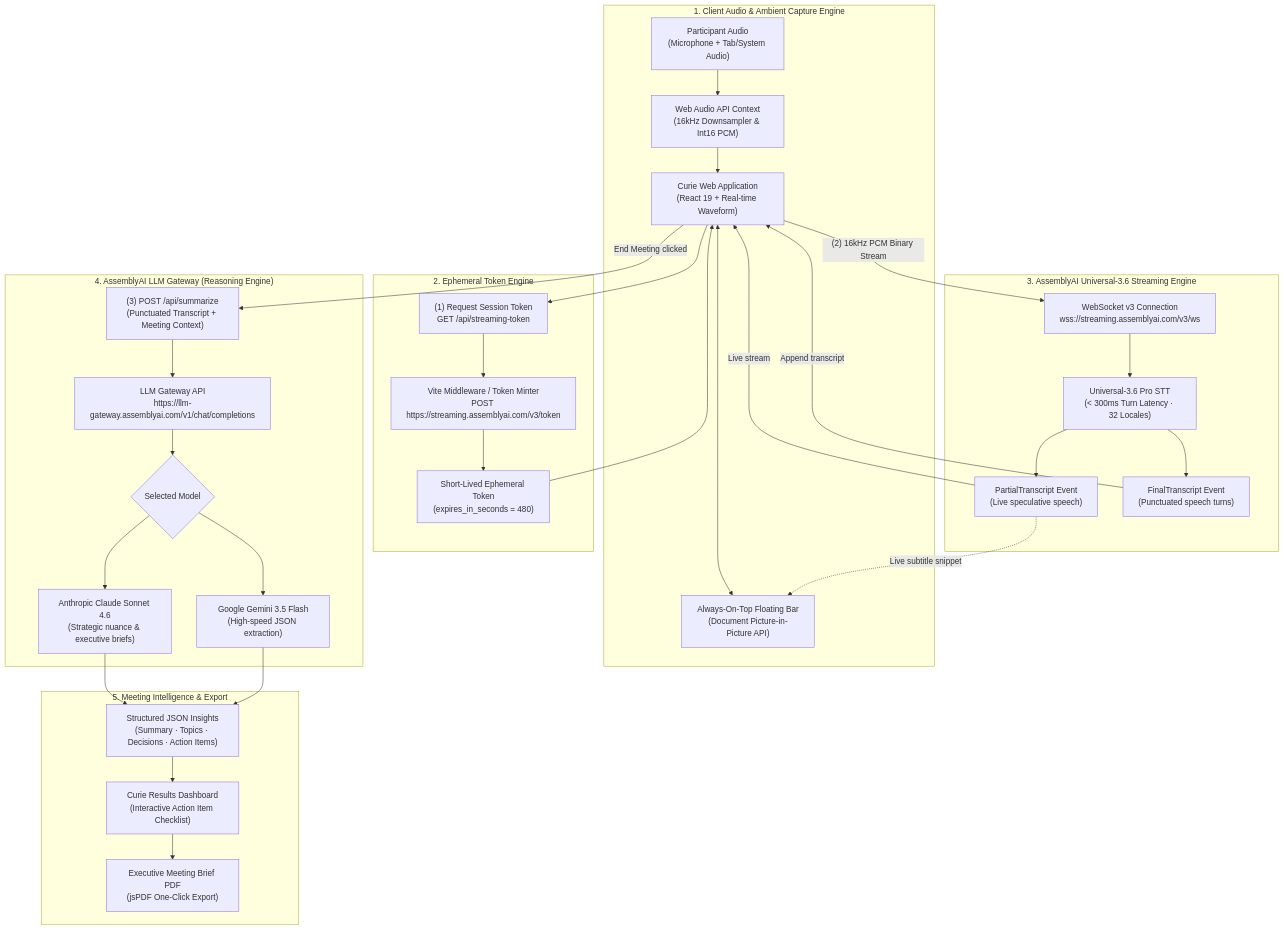
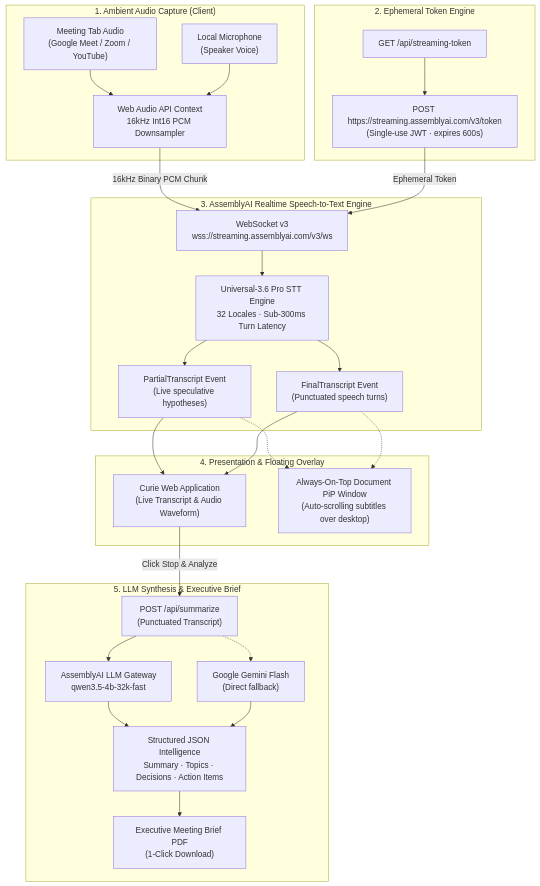
The diagram in README.md (farhan0-code/curie), drawn with Mermaid before and after one commit. The commit also changed other lines of this file and 14 other files, not shown here.

Commit message:
docs & ui: update screenshots, add real-world enterprise problem/solution, and refine realtime STT documentation

````diff
--- a/README.md
+++ b/README.md
@@ -61,64 +108,53 @@
 ```mermaid
 flowchart TD
-    subgraph Client["1. Client Audio & Ambient Capture Engine"]
-        UserAudio["Participant Audio<br/>(Microphone + Tab/System Audio)"]
-        WebAudio["Web Audio API Context<br/>(16kHz Downsampler & Int16 PCM)"]
-        CurieUI["Curie Web Application<br/>(React 19 + Real-time Waveform)"]
-        PiPBar["Always-On-Top Floating Bar<br/>(Document Picture-in-Picture API)"]
-        
-        UserAudio --> WebAudio
-        WebAudio --> CurieUI
-        CurieUI <--> PiPBar
+    subgraph Capture["1. Ambient Audio Capture (Client)"]
+        TabAudio["Meeting Tab Audio<br/>(Google Meet / Zoom / YouTube)"]
+        MicAudio["Local Microphone<br/>(Speaker Voice)"]
+        Mixer["Web Audio API Context<br/>16kHz Int16 PCM Downsampler"]
+        TabAudio --> Mixer
+        MicAudio --> Mixer
     end
 
-    subgraph AuthLayer["2. Ephemeral Token Engine"]
-        TokenReq["(1) Request Session Token<br/>GET /api/streaming-token"]
-        TokenGen["Vite Middleware / Token Minter<br/>POST https://streaming.assemblyai.com/v3/token"]
-        TokenResp["Short-Lived Ephemeral Token<br/>(expires_in_seconds = 480)"]
-        
-        CurieUI --> TokenReq
-        TokenReq --> TokenGen
-        TokenGen --> TokenResp
-        TokenResp --> CurieUI
+    subgraph Auth["2. Ephemeral Token Engine"]
+        TokenReq["GET /api/streaming-token"]
+        TokenMinter["POST https://streaming.assemblyai.com/v3/token<br/>(Single-use JWT · expires 600s)"]
+        TokenReq --> TokenMinter
     end
 
-    subgraph SpeechEngine["3. AssemblyAI Universal-3.6 Streaming Engine"]
-        WSS["WebSocket v3 Connection<br/>wss://streaming.assemblyai.com/v3/ws"]
-        STTModel["Universal-3.6 Pro STT<br/>(&lt; 300ms Turn Latency · 32 Locales)"]
-        PartialEvent["PartialTranscript Event<br/>(Live speculative speech)"]
-        FinalEvent["FinalTranscript Event<br/>(Punctuated speech turns)"]
+    subgraph AAI_STT["3. AssemblyAI Realtime Speech-to-Text Engine"]
+        WSS["WebSocket v3<br/>wss://streaming.assemblyai.com/v3/ws"]
+        U36["Universal-3.6 Pro STT Engine<br/>32 Locales · Sub-300ms Turn Latency"]
+        Partial["PartialTranscript Event<br/>(Live speculative hypotheses)"]
+        Final["FinalTranscript Event<br/>(Punctuated speech turns)"]
         
-        CurieUI -->|" (2) 16kHz PCM Binary Stream "| WSS
-        WSS --> STTModel
-        STTModel --> PartialEvent
-        STTModel --> FinalEvent
-        PartialEvent -->|" Live stream "| CurieUI
-        FinalEvent -->|" Append transcript "| CurieUI
-        PartialEvent -.->|" Live subtitle snippet "| PiPBar
+        Mixer -->|"16kHz Binary PCM Chunk"| WSS
+        TokenMinter -->|"Ephemeral Token"| WSS
+        WSS --> U36
+        U36 --> Partial
+        U36 --> Final
     end
 
-    subgraph LLMGateway["4. AssemblyAI LLM Gateway (Reasoning Engine)"]
-        SummarizeReq["(3) POST /api/summarize<br/>(Punctuated Transcript + Meeting Context)"]
-        LLMAPI["LLM Gateway API<br/>https://llm-gateway.assemblyai.com/v1/chat/completions"]
-        ModelChoice{"Selected Model"}
-        ClaudeModel["Anthropic Claude Sonnet 4.6<br/>(Strategic nuance & executive briefs)"]
-        GeminiModel["Google Gemini 3.5 Flash<br/>(High-speed JSON extraction)"]
-        
-        CurieUI -->|" End Meeting clicked "| SummarizeReq
-        SummarizeReq --> LLMAPI
-        LLMAPI --> ModelChoice
-        ModelChoice --> ClaudeModel
-        ModelChoice --> GeminiModel
+    subgraph UI["4. Presentation & Floating Overlay"]
+        MainConsole["Curie Web Application<br/>(Live Transcript & Audio Waveform)"]
+        PiPWindow["Always-On-Top Document PiP Window<br/>(Auto-scrolling subtitles over desktop)"]
+        Partial --> MainConsole
+        Final --> MainConsole
+        Partial -.-> PiPWindow
+        Final -.-> PiPWindow
     end
 
-    subgraph Insights["5. Meeting Intelligence & Export"]
-        JSONOutput["Structured JSON Insights<br/>(Summary · Topics · Decisions · Action Items)"]
-        ResultsDashboard["Curie Results Dashboard<br/>(Interactive Action Item Checklist)"]
-        PDFExport["Executive Meeting Brief PDF<br/>(jsPDF One-Click Export)"]
+    subgraph Synthesis["5. LLM Synthesis & Executive Brief"]
+        SummReq["POST /api/summarize<br/>(Punctuated Transcript)"]
+        LLMGateway["AssemblyAI LLM Gateway<br/>qwen3.5-4b-32k-fast"]
+        GeminiAPI["Google Gemini Flash<br/>(Direct fallback)"]
+        JSONReport["Structured JSON Intelligence<br/>Summary · Topics · Decisions · Action Items"]
+        PDFExport["Executive Meeting Brief PDF<br/>(1-Click Download)"]
         
-        ClaudeModel --> JSONOutput
-        GeminiModel --> JSONOutput
-        JSONOutput --> ResultsDashboard
-        ResultsDashboard --> PDFExport
+        MainConsole -->|"Click Stop & Analyze"| SummReq
+        SummReq --> LLMGateway
+        SummReq -.-> GeminiAPI
+        LLMGateway --> JSONReport
+        GeminiAPI --> JSONReport
+        JSONReport --> PDFExport
     end
 ```
````
